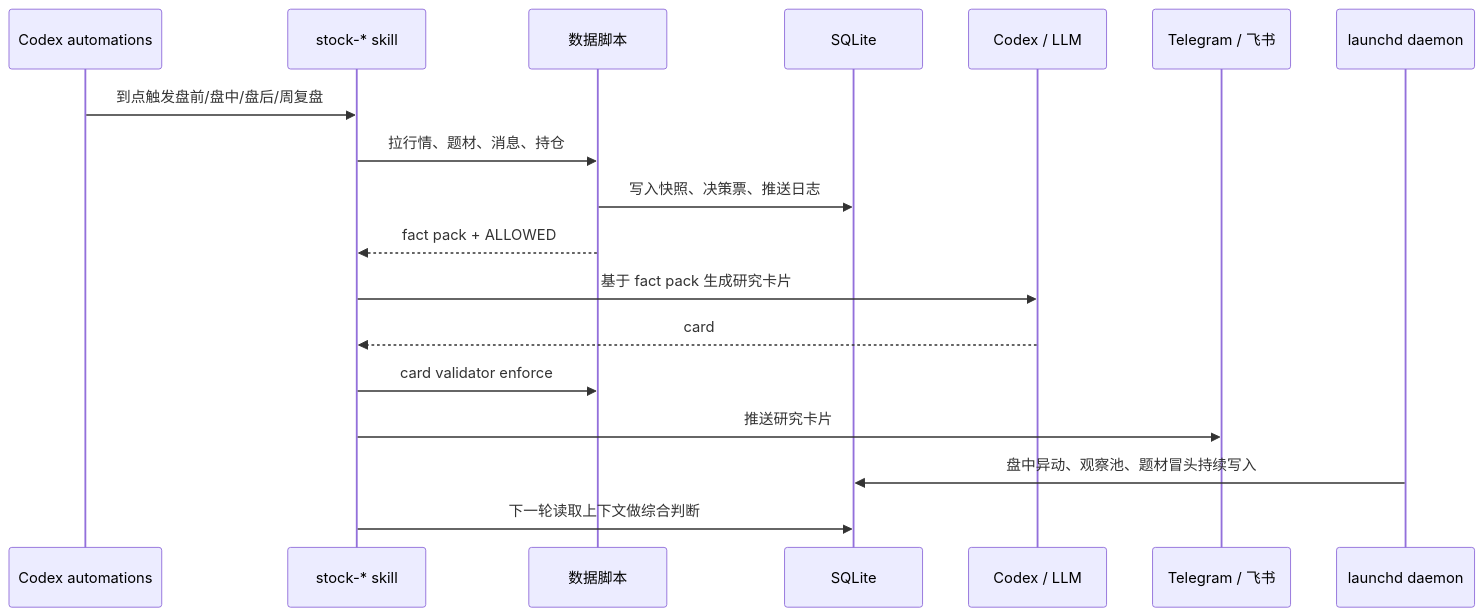
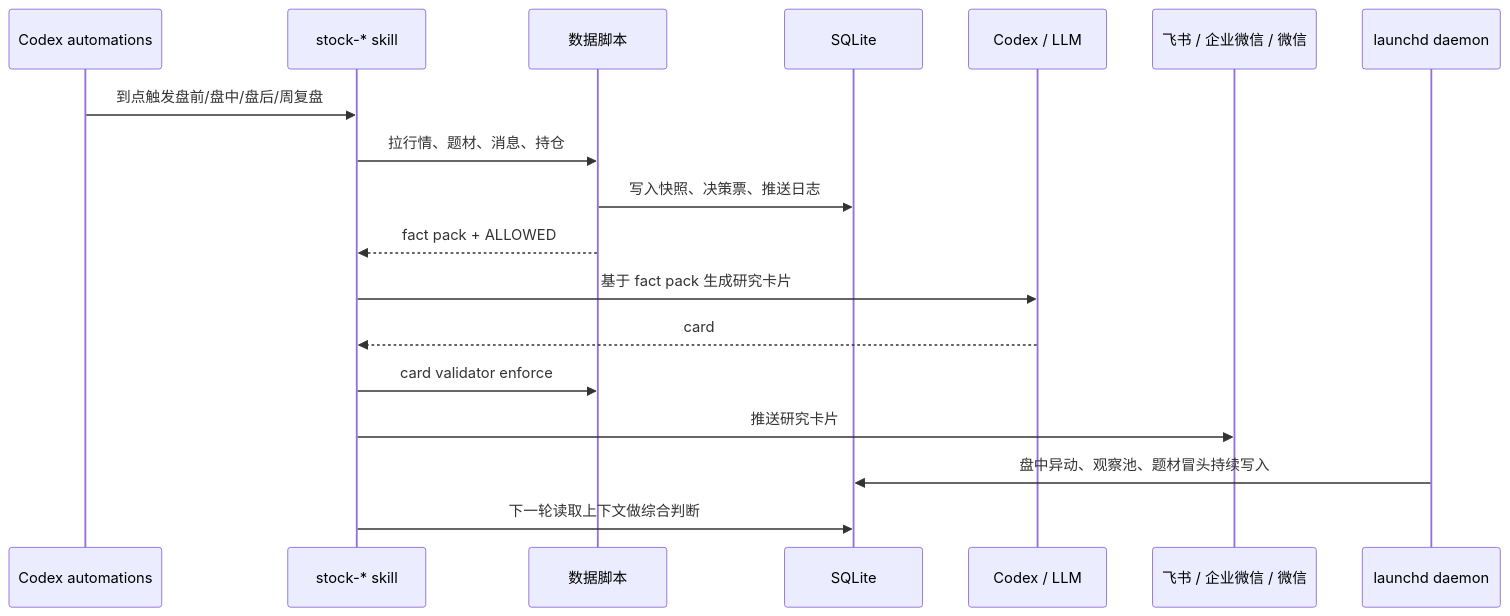
The second of 2 diagrams in README.md (wispig66/a-stock-agent), drawn with Mermaid before and after one commit. The commit also changed other lines of this file, not shown here.

First line of the commit message:
docs: migrate README off Telegram to feishu/wecom/weixin

````diff
--- a/README.md
+++ b/README.md
@@ -90,21 +90,21 @@
 ```mermaid
 sequenceDiagram
     participant Auto as Codex automations
     participant Skill as stock-* skill
     participant Data as 数据脚本
     participant DB as SQLite
     participant LLM as Codex / LLM
-    participant Push as Telegram / 飞书
+    participant Push as 飞书 / 企业微信 / 微信
     participant Daemon as launchd daemon
 
     Auto->>Skill: 到点触发盘前/盘中/盘后/周复盘
     Skill->>Data: 拉行情、题材、消息、持仓
     Data->>DB: 写入快照、决策票、推送日志
     Data-->>Skill: fact pack + ALLOWED
     Skill->>LLM: 基于 fact pack 生成研究卡片
     LLM-->>Skill: card
     Skill->>Data: card validator enforce
     Skill->>Push: 推送研究卡片
     Daemon->>DB: 盘中异动、观察池、题材冒头持续写入
     Skill->>DB: 下一轮读取上下文做综合判断
 ```
````
